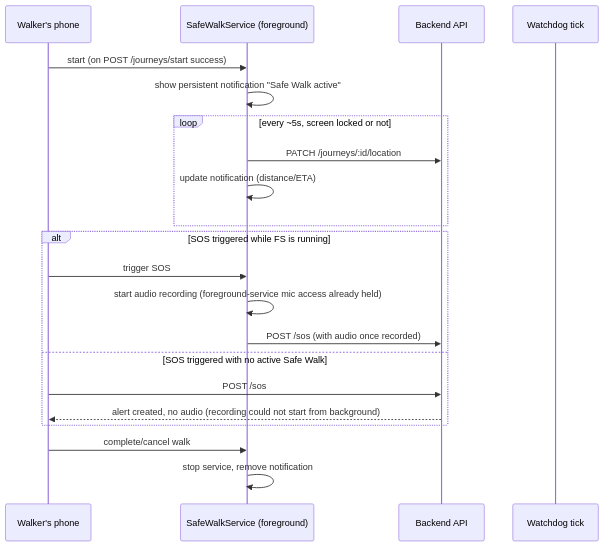
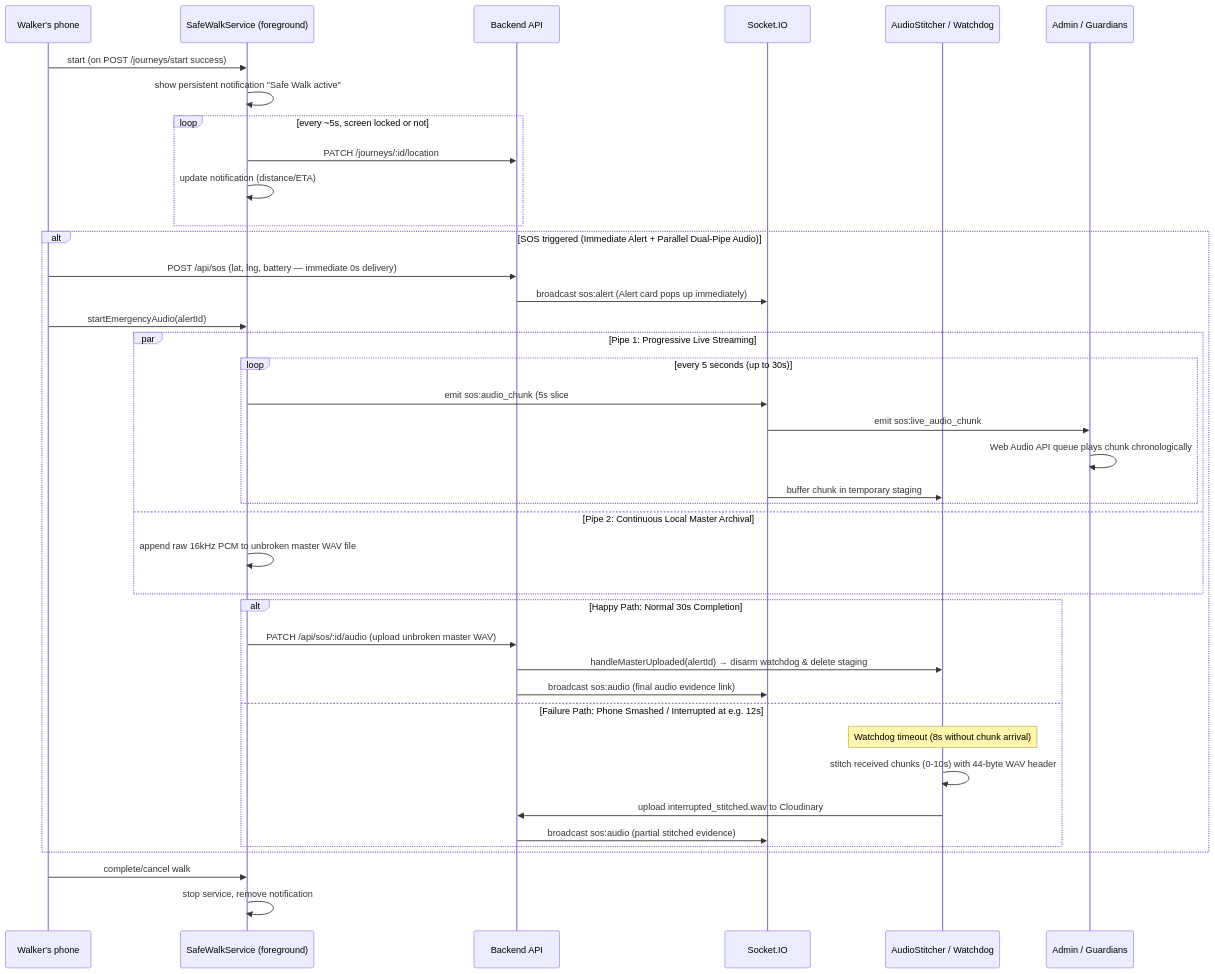
Before and after one commit to safora-safety/Safora: the fourth of 4 diagrams in docs/v1/architecture.md, drawn with Mermaid. The commit also changed other lines of this file and 29 other files, not shown here.

Commit message:
dual pipline audio streaming

````diff
--- a/docs/v1/architecture.md
+++ b/docs/v1/architecture.md
@@ -166,24 +166,43 @@
 ```mermaid
 sequenceDiagram
     participant W as Walker's phone
     participant FS as SafeWalkService (foreground)
     participant API as Backend API
-    participant WD as Watchdog tick
+    participant SIO as Socket.IO
+    participant AS as AudioStitcher / Watchdog
+    participant ADM as Admin / Guardians
 
     W->>FS: start (on POST /journeys/start success)
     FS->>FS: show persistent notification "Safe Walk active"
     loop every ~5s, screen locked or not
         FS->>API: PATCH /journeys/:id/location
         FS->>FS: update notification (distance/ETA)
     end
-    alt SOS triggered while FS is running
-        W->>FS: trigger SOS
-        FS->>FS: start audio recording (foreground-service mic access already held)
-        FS->>API: POST /sos (with audio once recorded)
-    else SOS triggered with no active Safe Walk
-        W->>API: POST /sos
-        API-->>W: alert created, no audio (recording could not start from background)
+    alt SOS triggered (Immediate Alert + Parallel Dual-Pipe Audio)
+        W->>API: POST /api/sos (lat, lng, battery — immediate 0s delivery)
+        API->>SIO: broadcast sos:alert (Alert card pops up immediately)
+        W->>FS: startEmergencyAudio(alertId)
+        par Pipe 1: Progressive Live Streaming
+            loop every 5 seconds (up to 30s)
+                FS->>SIO: emit sos:audio_chunk (5s slice #1..6)
+                SIO->>ADM: emit sos:live_audio_chunk
+                ADM->>ADM: Web Audio API queue plays chunk chronologically
+                SIO->>AS: buffer chunk in temporary staging
+            end
+        and Pipe 2: Continuous Local Master Archival
+            FS->>FS: append raw 16kHz PCM to unbroken master WAV file
+        end
+        alt Happy Path: Normal 30s Completion
+            FS->>API: PATCH /api/sos/:id/audio (upload unbroken master WAV)
+            API->>AS: handleMasterUploaded(alertId) → disarm watchdog & delete staging
+            API->>SIO: broadcast sos:audio (final audio evidence link)
+        else Failure Path: Phone Smashed / Interrupted at e.g. 12s
+            Note over AS: Watchdog timeout (8s without chunk arrival)
+            AS->>AS: stitch received chunks (0-10s) with 44-byte WAV header
+            AS->>API: upload interrupted_stitched.wav to Cloudinary
+            API->>SIO: broadcast sos:audio (partial stitched evidence)
+        end
     end
     W->>FS: complete/cancel walk
     FS->>FS: stop service, remove notification
 ```
````
